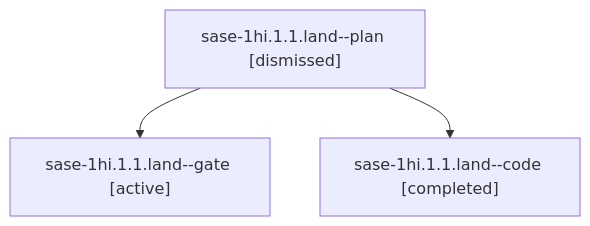
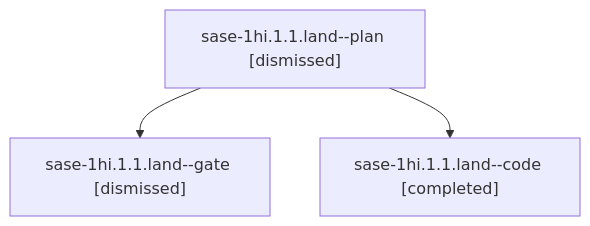
One commit to sase-org/sase--agents changed the diagram in sessions/bbugyi200.apollo.sase-1hi.1.1.land.md. Above: the diagram before and after it, drawn with Mermaid. The commit also changed other lines of this file and 231 other files, not shown here.

````diff
--- a/sessions/bbugyi200.apollo.sase-1hi.1.1.land.md
+++ b/sessions/bbugyi200.apollo.sase-1hi.1.1.land.md
@@ -9,8 +9,8 @@
 ```mermaid
 flowchart TD
   n0["sase-1hi.1.1.land--plan [dismissed]"]
-  n1["sase-1hi.1.1.land--gate [active]"]
+  n1["sase-1hi.1.1.land--gate [dismissed]"]
   n0 --> n1
   n2["sase-1hi.1.1.land--code [completed]"]
   n0 --> n2
 ```
````
